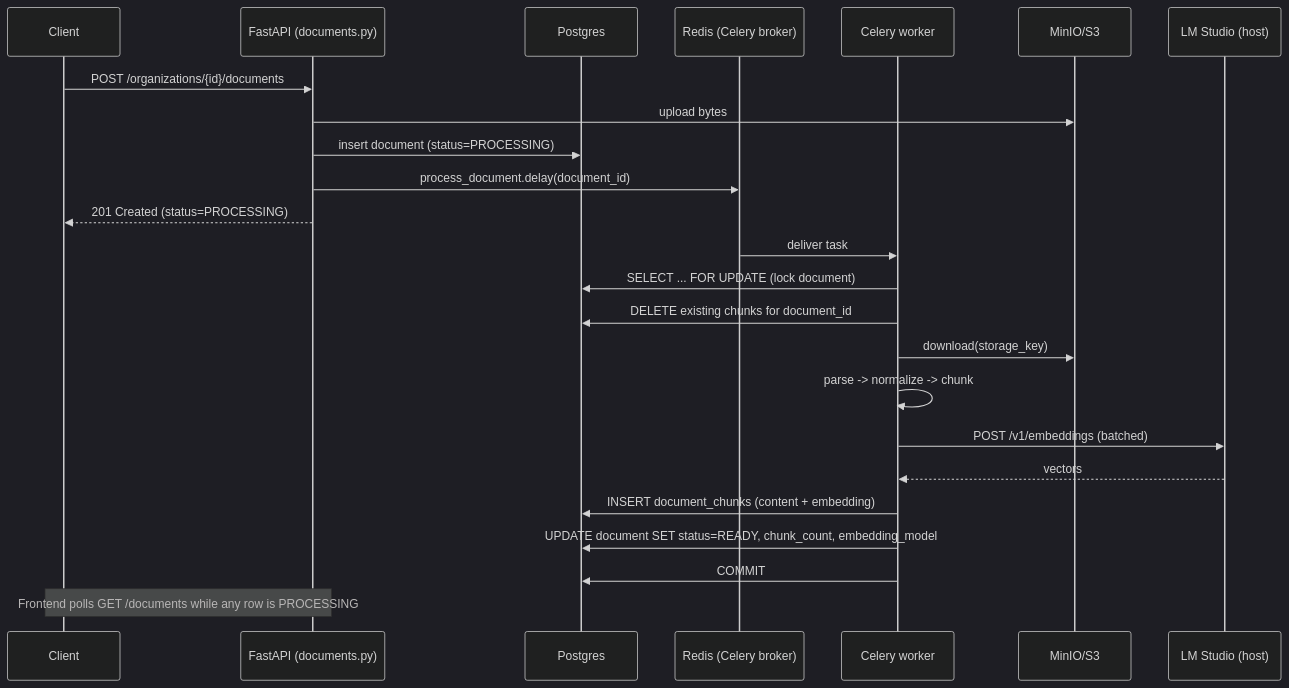
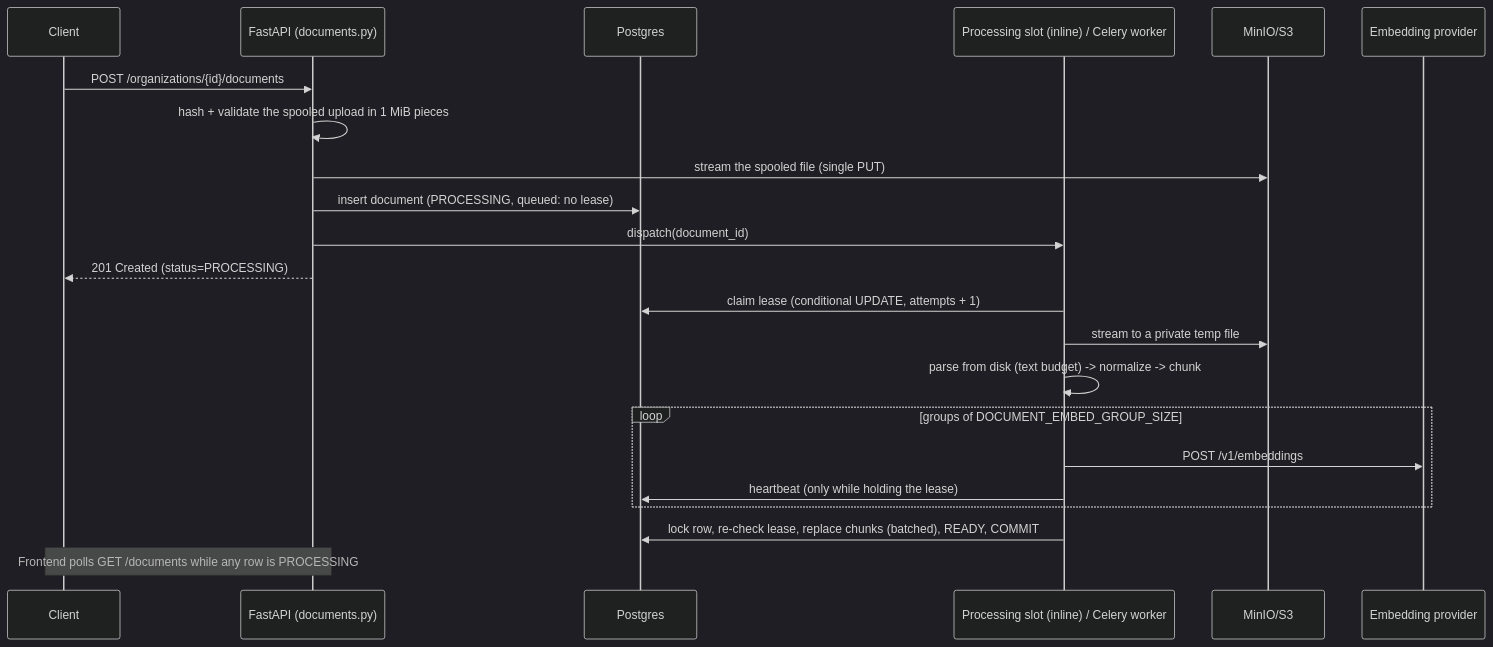
One commit to rohantiwari9573/retriva changed the first of 3 diagrams in docs/document-ingestion.md. Above: the diagram before and after it, drawn with Mermaid (dark theme). The commit also changed other lines of this file and 3 other files, not shown here.

First line of the commit message:
fix(ingestion): re-queue orphaned queued documents at inline startup; docs

````diff
--- a/docs/document-ingestion.md
+++ b/docs/document-ingestion.md
@@ -10,29 +10,27 @@
 ```mermaid
 sequenceDiagram
     participant Client
     participant API as FastAPI (documents.py)
     participant DB as Postgres
-    participant Broker as Redis (Celery broker)
-    participant Worker as Celery worker
+    participant Runner as Processing slot (inline) / Celery worker
     participant Storage as MinIO/S3
-    participant Embed as LM Studio (host)
+    participant Embed as Embedding provider
 
     Client->>API: POST /organizations/{id}/documents
-    API->>Storage: upload bytes
-    API->>DB: insert document (status=PROCESSING)
-    API->>Broker: process_document.delay(document_id)
+    API->>API: hash + validate the spooled upload in 1 MiB pieces
+    API->>Storage: stream the spooled file (single PUT)
+    API->>DB: insert document (PROCESSING, queued: no lease)
+    API->>Runner: dispatch(document_id)
     API-->>Client: 201 Created (status=PROCESSING)
 
-    Broker->>Worker: deliver task
-    Worker->>DB: SELECT ... FOR UPDATE (lock document)
-    Worker->>DB: DELETE existing chunks for document_id
-    Worker->>Storage: download(storage_key)
-    Worker->>Worker: parse -> normalize -> chunk
-    Worker->>Embed: POST /v1/embeddings (batched)
-    Embed-->>Worker: vectors
-    Worker->>DB: INSERT document_chunks (content + embedding)
-    Worker->>DB: UPDATE document SET status=READY, chunk_count, embedding_model
-    Worker->>DB: COMMIT
+    Runner->>DB: claim lease (conditional UPDATE, attempts + 1)
+    Runner->>Storage: stream to a private temp file
+    Runner->>Runner: parse from disk (text budget) -> normalize -> chunk
+    loop groups of DOCUMENT_EMBED_GROUP_SIZE
+        Runner->>Embed: POST /v1/embeddings
+        Runner->>DB: heartbeat (only while holding the lease)
+    end
+    Runner->>DB: lock row, re-check lease, replace chunks (batched), READY, COMMIT
 
     Note over Client,API: Frontend polls GET /documents while any row is PROCESSING
 ```
````
